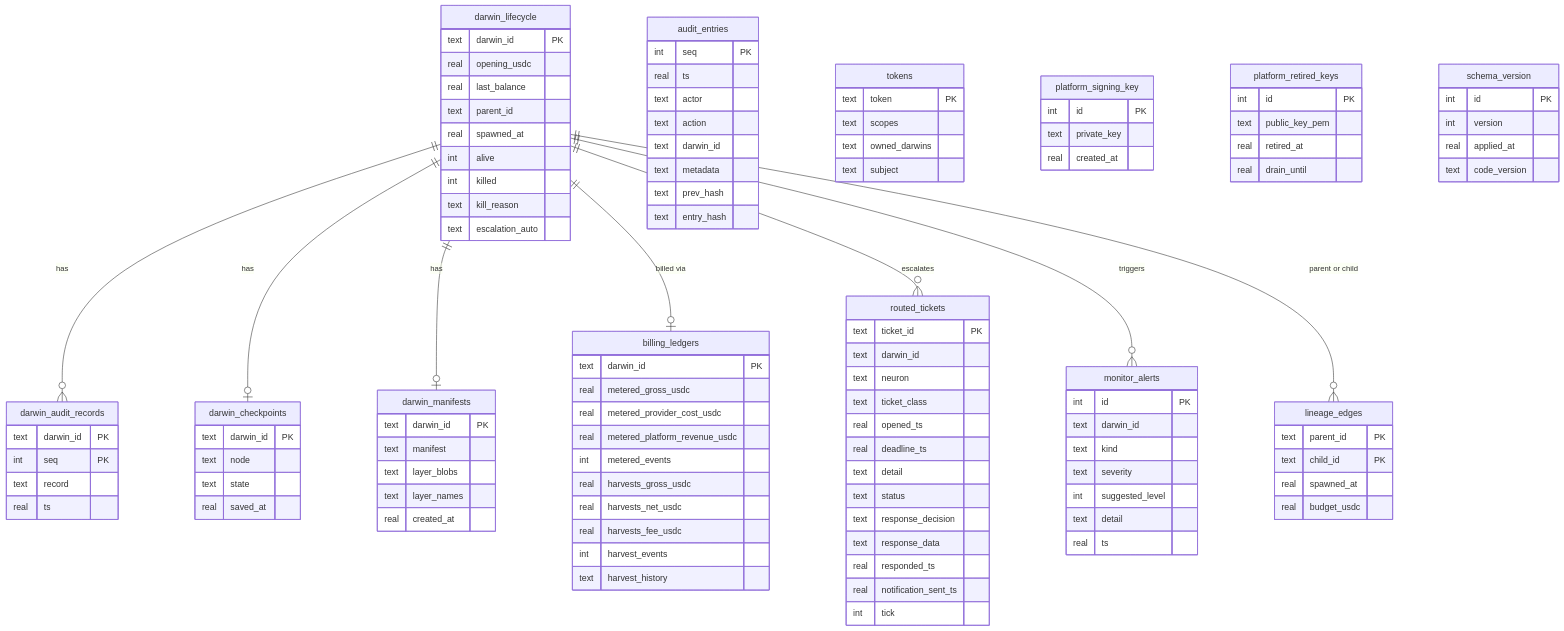
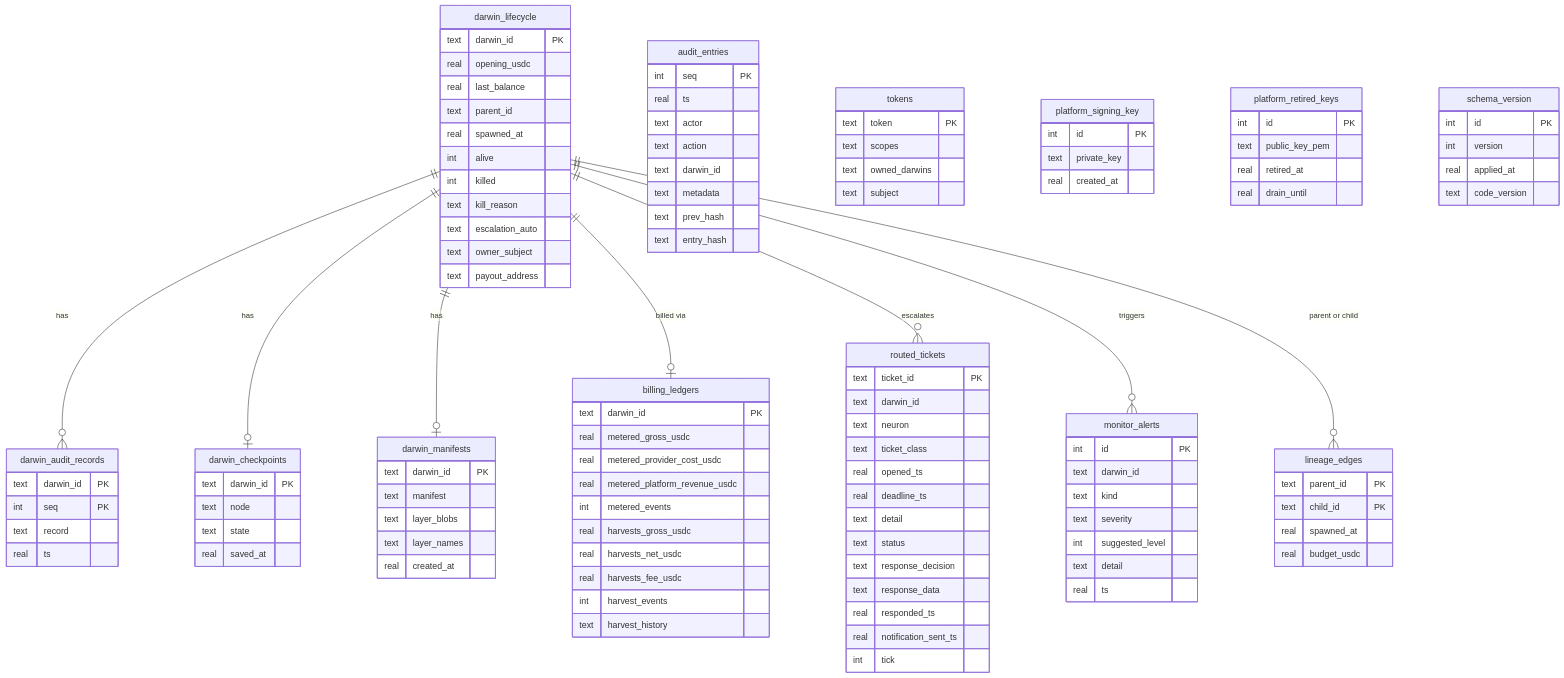
The first of 2 diagrams in docs/engineering/23-data-model-reference.md (darwin-agents/darwin-agents), drawn with Mermaid before and after one commit. The commit also changed other lines of this file and 12 other files, not shown here.

```diff
--- a/docs/engineering/23-data-model-reference.md
+++ b/docs/engineering/23-data-model-reference.md
@@ -40,6 +40,8 @@
         int killed
         text kill_reason
         text escalation_auto
+        text owner_subject
+        text payout_address
     }
 
     audit_entries {
```
